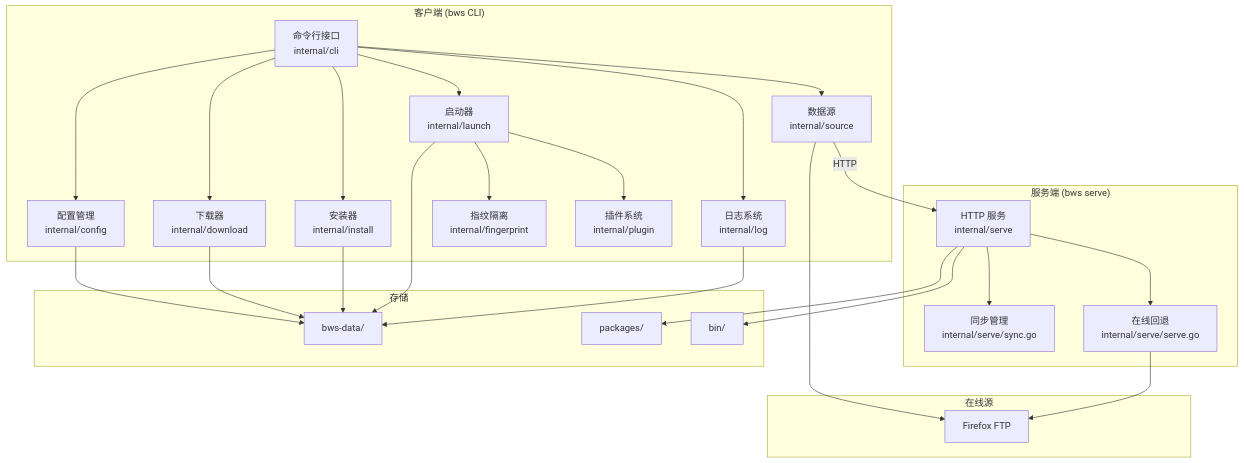
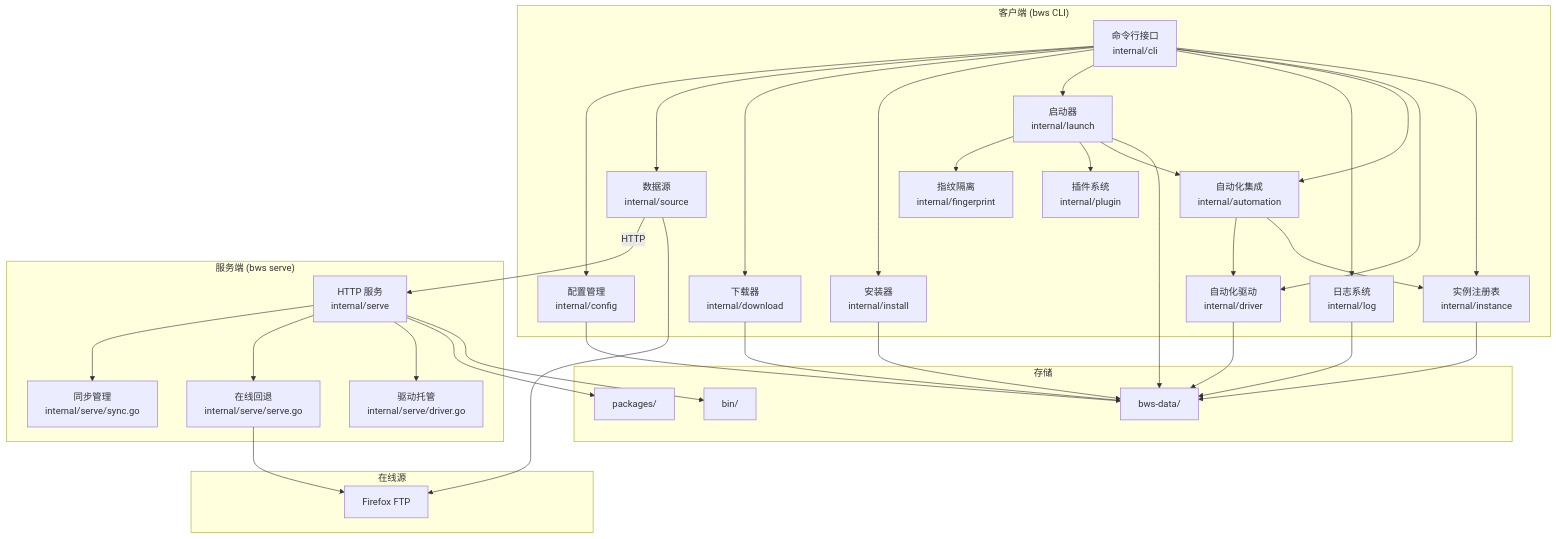
The first of 12 diagrams in docs/guide/design.md (hyjiacan/browser-workshop), drawn with Mermaid before and after one commit. The commit also changed other lines of this file and 9 other files, not shown here.

````diff
--- a/docs/guide/design.md
+++ b/docs/guide/design.md
@@ -11,54 +11,67 @@
 ```mermaid
 graph TB
     subgraph Client["客户端 (bws CLI)"]
         CLI["命令行接口<br/>internal/cli"]
         CFG["配置管理<br/>internal/config"]
         SRC["数据源<br/>internal/source"]
         DL["下载器<br/>internal/download"]
         INST["安装器<br/>internal/install"]
         LAUNCH["启动器<br/>internal/launch"]
         LOG["日志系统<br/>internal/log"]
         FP["指纹隔离<br/>internal/fingerprint"]
         PLUGIN["插件系统<br/>internal/plugin"]
+        AUTOMATION["自动化集成<br/>internal/automation"]
+        INSTANCE["实例注册表<br/>internal/instance"]
+        DRIVER["自动化驱动<br/>internal/driver"]
     end
 
     subgraph Serve["服务端 (bws serve)"]
         HTTP["HTTP 服务<br/>internal/serve"]
         SYNC["同步管理<br/>internal/serve/sync.go"]
         OF["在线回退<br/>internal/serve/serve.go"]
+        DRVHOST["驱动托管<br/>internal/serve/driver.go"]
     end
 
     subgraph Storage["存储"]
         DATA["bws-data/"]
         PKG["packages/"]
         BIN["bin/"]
     end
 
     subgraph Online["在线源"]
         FFTP["Firefox FTP"]
     end
 
     CLI --> CFG
     CLI --> SRC
     CLI --> DL
     CLI --> INST
     CLI --> LAUNCH
     CLI --> LOG
+    CLI --> AUTOMATION
+    CLI --> DRIVER
+    CLI --> INSTANCE
     LAUNCH --> FP
     LAUNCH --> PLUGIN
+    LAUNCH --> AUTOMATION
+    AUTOMATION --> DRIVER
+    AUTOMATION --> INSTANCE
 
     SRC -->|HTTP| HTTP
     SRC --> FFTP
 
     HTTP --> SYNC
     HTTP --> OF
+    HTTP --> DRVHOST
     OF --> FFTP
 
     HTTP --> PKG
     HTTP --> BIN
     CFG --> DATA
     DL --> DATA
     INST --> DATA
     LAUNCH --> DATA
     LOG --> DATA
+    DRIVER --> DATA
+    INSTANCE --> DATA
 ```
````
